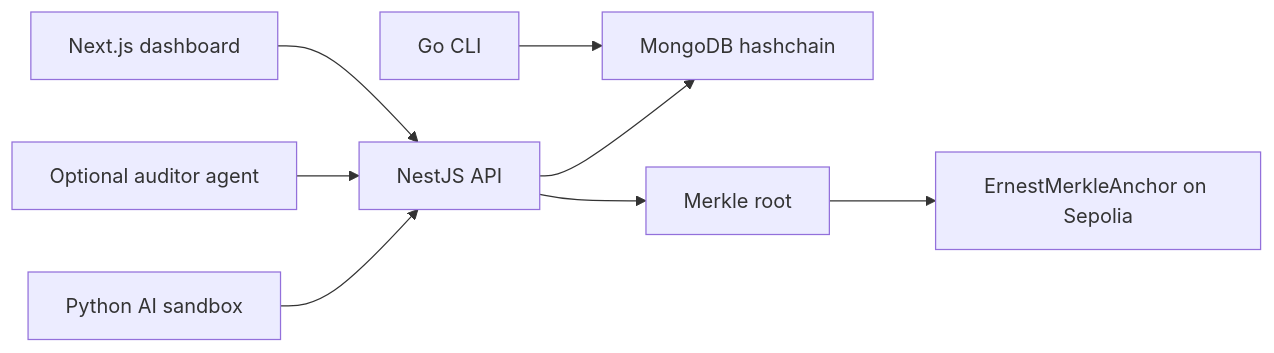
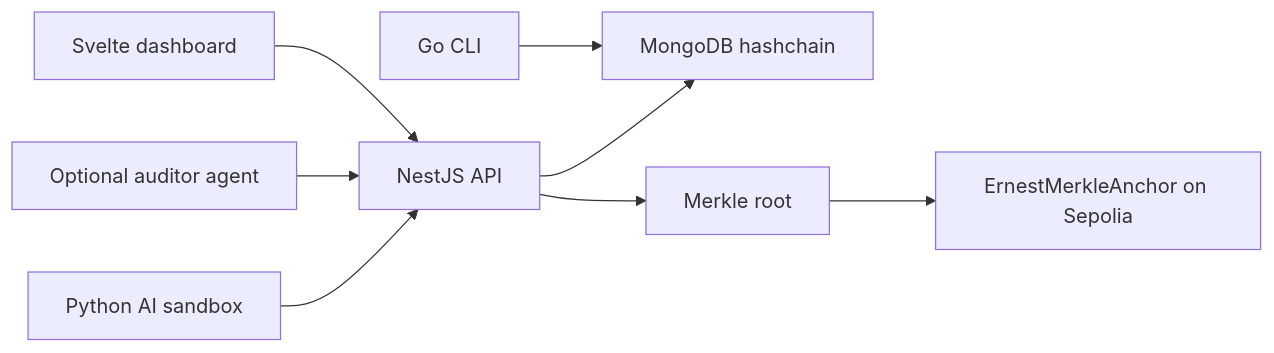
The diagram in README.md (ccastromar/ai-blockchain-provenance), drawn with Mermaid before and after one commit. The commit also changed other lines of this file and 8 other files, not shown here.

````diff
--- a/README.md
+++ b/README.md
@@ -29,10 +29,10 @@
 ```mermaid
 flowchart LR
-  UI["Next.js dashboard"] --> API["NestJS API"]
+  UI["Svelte dashboard"] --> API["NestJS API"]
   CLI["Go CLI"] --> Mongo["MongoDB hashchain"]
   API --> Mongo
   API --> Merkle["Merkle root"]
   Merkle --> Contract["ErnestMerkleAnchor on Sepolia"]
   Auditor["Optional auditor agent"] --> API
   Sandbox["Python AI sandbox"] --> API
 ```
````
